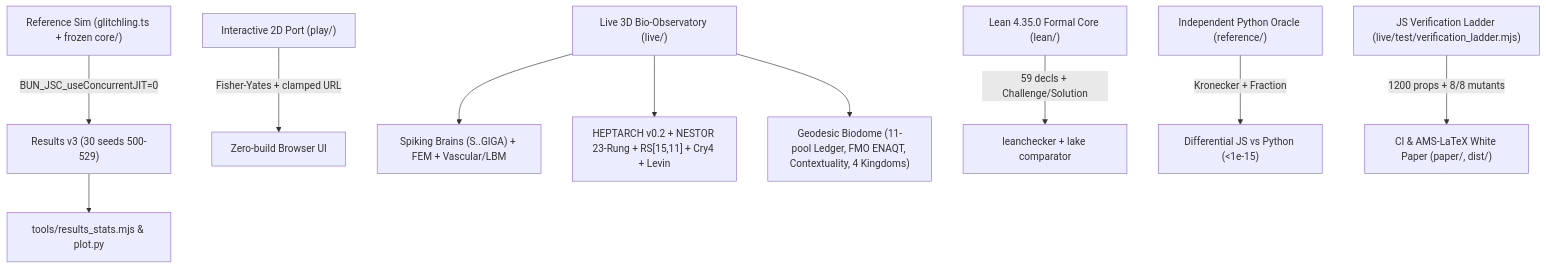
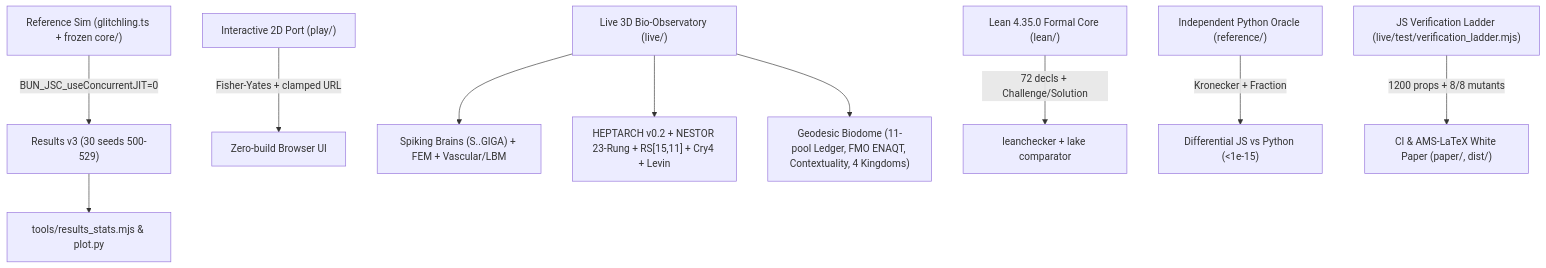
One commit to 0thernes/glitchling-jam changed the diagram in docs/architecture.md. Above: the diagram before and after it, drawn with Mermaid. The commit also changed other lines of this file and 7 other files, not shown here.

````diff
--- a/docs/architecture.md
+++ b/docs/architecture.md
@@ -5,12 +5,12 @@
 ```mermaid
 flowchart TD
   A["Reference Sim (glitchling.ts + frozen core/)"] -->|BUN_JSC_useConcurrentJIT=0| B["Results v3 (30 seeds 500-529)"]
   B --> C["tools/results_stats.mjs & plot.py"]
   D["Interactive 2D Port (play/)"] -->|Fisher-Yates + clamped URL| E["Zero-build Browser UI"]
   F["Live 3D Bio-Observatory (live/)"] --> G["Spiking Brains (S..GIGA) + FEM + Vascular/LBM"]
   F --> H["HEPTARCH v0.2 + NESTOR 23-Rung + RS[15,11] + Cry4 + Levin"]
   F --> I["Geodesic Biodome (11-pool Ledger, FMO ENAQT, Contextuality, 4 Kingdoms)"]
-  J["Lean 4.35.0 Formal Core (lean/)"] -->|59 decls + Challenge/Solution| K["leanchecker + lake comparator"]
+  J["Lean 4.35.0 Formal Core (lean/)"] -->|72 decls + Challenge/Solution| K["leanchecker + lake comparator"]
   L["Independent Python Oracle (reference/)"] -->|Kronecker + Fraction| M["Differential JS vs Python (<1e-15)"]
   N["JS Verification Ladder (live/test/verification_ladder.mjs)"] -->|1200 props + 8/8 mutants| O["CI & AMS-LaTeX White Paper (paper/, dist/)"]
 ```
````
